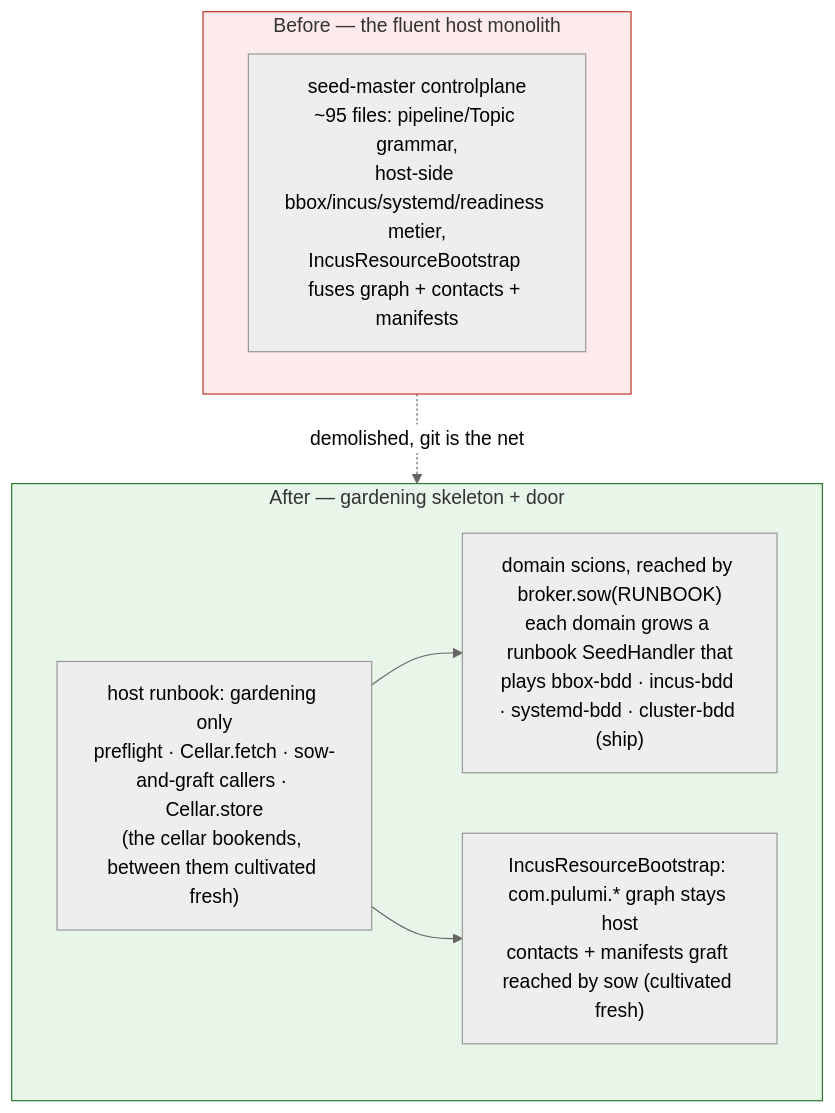
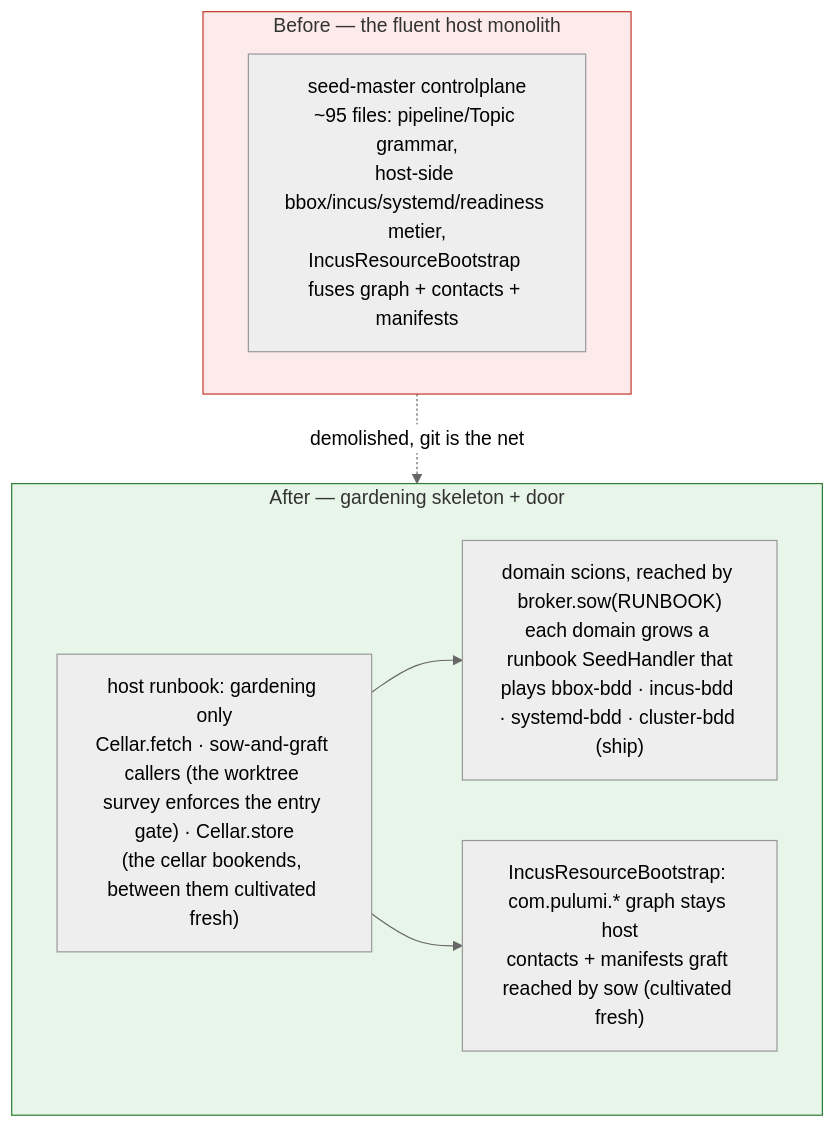
The fourth of 7 diagrams in docs/architecture/atlas/seed.adoc (nxmatic/rke2lab), drawn with Mermaid (neutral theme) before and after one commit. The commit also changed other lines of this file and 46 other files, not shown here.

First line of the commit message:
feat(worktree,incus): self-contained grow plan + OSGi-side entry gate + worktree-contract fold

```diff
--- a/docs/architecture/atlas/seed.adoc
+++ b/docs/architecture/atlas/seed.adoc
@@ -390,18 +390,18 @@
 [mermaid]
 ----
 flowchart TB
   subgraph BEFORE[Before — the fluent host monolith]
     b1["seed-master controlplane<br/>~95 files: pipeline/Topic grammar,<br/>host-side bbox/incus/systemd/readiness metier,<br/>IncusResourceBootstrap fuses graph + contacts + manifests"]
   end
   subgraph AFTER[After — gardening skeleton + door]
-    a1["host runbook: gardening only<br/>preflight · Cellar.fetch · sow-and-graft callers · Cellar.store<br/>(the cellar bookends, between them cultivated fresh)"]
+    a1["host runbook: gardening only<br/>Cellar.fetch · sow-and-graft callers (the worktree survey enforces the entry gate) · Cellar.store<br/>(the cellar bookends, between them cultivated fresh)"]
     a2["domain scions, reached by broker.sow(RUNBOOK)<br/>each domain grows a runbook SeedHandler that<br/>plays bbox-bdd · incus-bdd · systemd-bdd · cluster-bdd (ship)"]
     a3["IncusResourceBootstrap: com.pulumi.* graph stays host<br/>contacts + manifests graft reached by sow (cultivated fresh)"]
     a1 --> a2
     a1 --> a3
   end
   BEFORE -.demolished, git is the net.-> AFTER
 
   style BEFORE fill:#fdeaea,stroke:#c0392b
   style AFTER fill:#e8f5e9,stroke:#2e7d32
 ----
```
